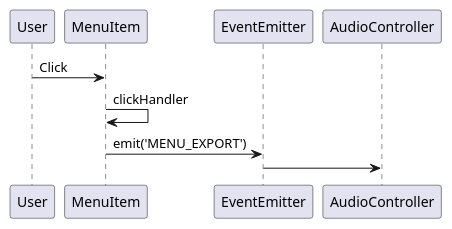
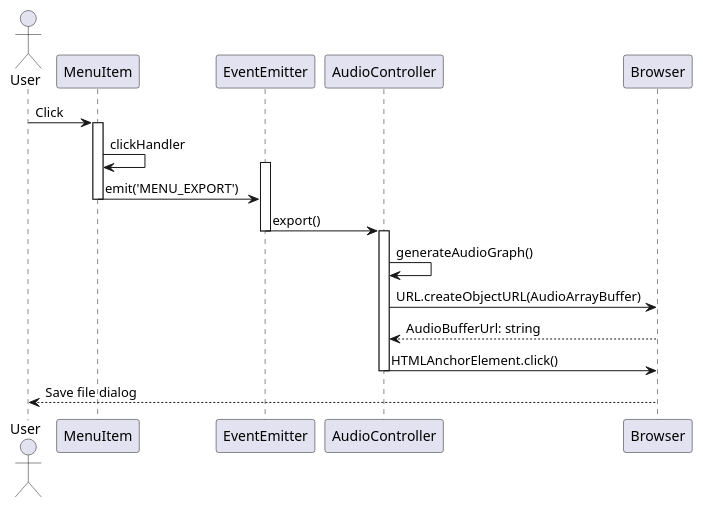
One commit to austudio-team/austudio-uml-graph changed the diagram in sequence_diagram/export.puml. Above: the diagram before and after it, drawn with PlantUML.

Commit message:
feat: add export sequence diagram

```diff
--- a/sequence_diagram/export.puml
+++ b/sequence_diagram/export.puml
@@ -1,6 +1,19 @@
 @startuml
+actor User
+
 User -> MenuItem: Click
+activate MenuItem
 MenuItem -> MenuItem: clickHandler
+activate EventEmitter
 MenuItem -> EventEmitter: emit('MENU_EXPORT')
-EventEmitter -> AudioController
+deactivate MenuItem
+EventEmitter -> AudioController: export()
+deactivate EventEmitter
+activate AudioController
+AudioController -> AudioController: generateAudioGraph()
+AudioController -> Browser: URL.createObjectURL(AudioArrayBuffer)
+AudioController <-- Browser: AudioBufferUrl: string
+AudioController -> Browser: HTMLAnchorElement.click()
+deactivate AudioController
+Browser --> User: Save file dialog
 @enduml
```
